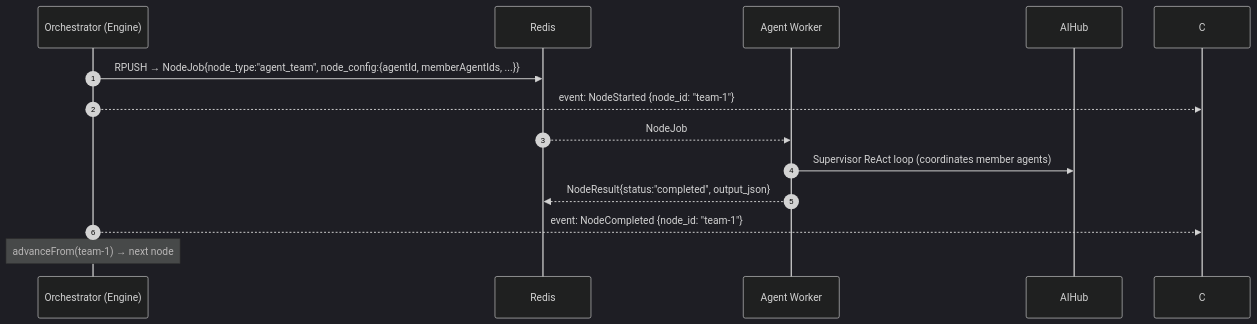
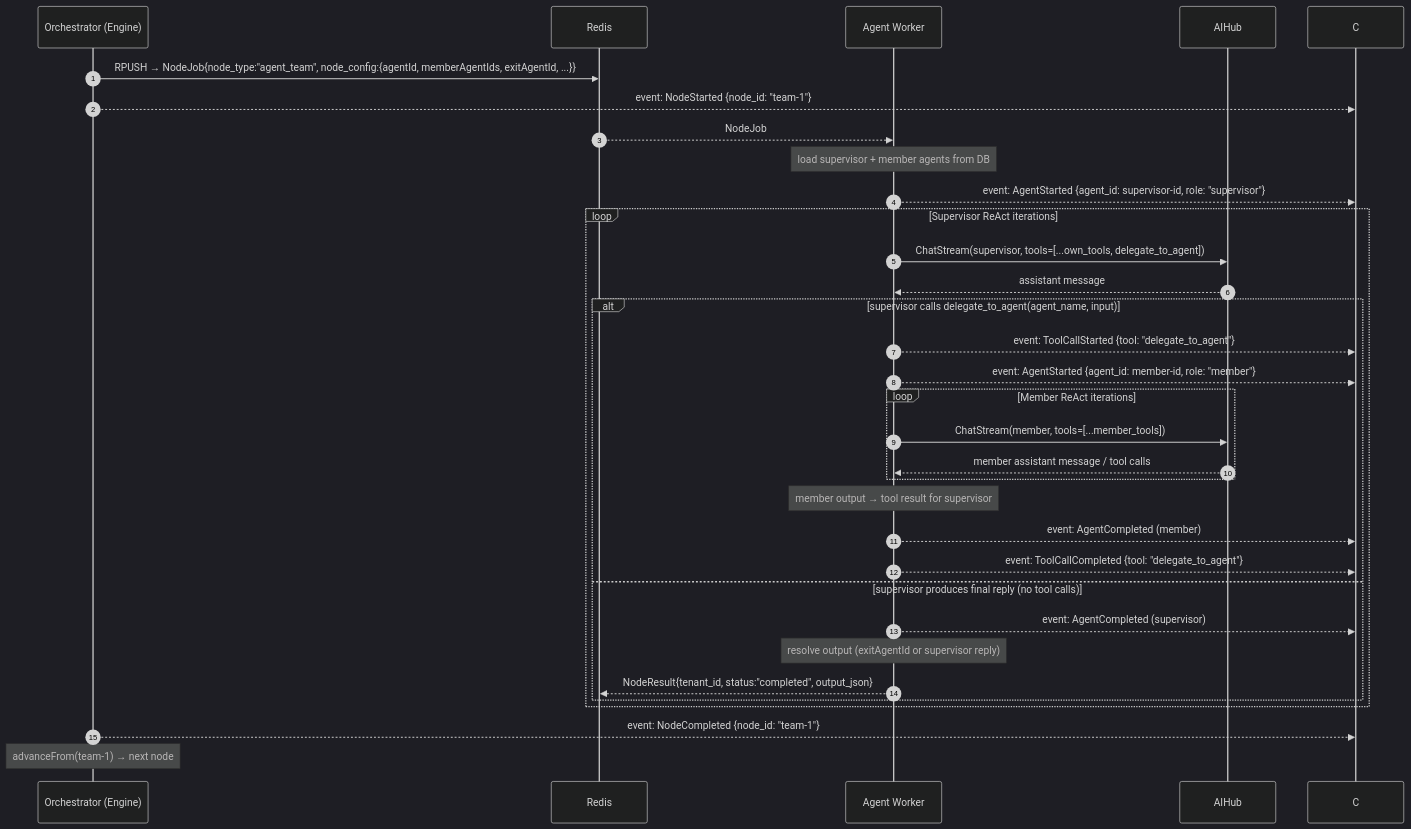
One commit to Andrew-Bu1/Agent-Platform changed the fourth of 5 diagrams in docs/architecture/agent_layer/flow_sequence.md. Above: the diagram before and after it, drawn with Mermaid (dark theme). The commit also changed other lines of this file and 6 other files, not shown here.

Commit message:
docs: update architecture docs for agent_team, memory strategy, and aihub features

````diff
--- a/docs/architecture/agent_layer/flow_sequence.md
+++ b/docs/architecture/agent_layer/flow_sequence.md
@@ -142,18 +150,43 @@
 ```mermaid
 sequenceDiagram
     autonumber
     participant OR as Orchestrator (Engine)
     participant Redis as Redis
     participant WK as Agent Worker
     participant AIH as AIHub
 
-    OR->>Redis: RPUSH → NodeJob{node_type:"agent_team", node_config:{agentId, memberAgentIds, ...}}
+    OR->>Redis: RPUSH → NodeJob{node_type:"agent_team", node_config:{agentId, memberAgentIds, exitAgentId, ...}}
     OR-->>C: event: NodeStarted {node_id: "team-1"}
 
     Redis-->>WK: NodeJob
-    WK->>AIH: Supervisor ReAct loop (coordinates member agents)
-    WK-->>Redis: NodeResult{status:"completed", output_json}
+    Note over WK: load supervisor + member agents from DB
+
+    WK-->>C: event: AgentStarted {agent_id: supervisor-id, role: "supervisor"}
+
+    loop Supervisor ReAct iterations
+        WK->>AIH: ChatStream(supervisor, tools=[...own_tools, delegate_to_agent])
+        AIH-->>WK: assistant message
+
+        alt supervisor calls delegate_to_agent(agent_name, input)
+            WK-->>C: event: ToolCallStarted {tool: "delegate_to_agent"}
+            WK-->>C: event: AgentStarted {agent_id: member-id, role: "member"}
+
+            loop Member ReAct iterations
+                WK->>AIH: ChatStream(member, tools=[...member_tools])
+                AIH-->>WK: member assistant message / tool calls
+            end
+
+            Note over WK: member output → tool result for supervisor
+            WK-->>C: event: AgentCompleted (member)
+            WK-->>C: event: ToolCallCompleted {tool: "delegate_to_agent"}
+
+        else supervisor produces final reply (no tool calls)
+            WK-->>C: event: AgentCompleted (supervisor)
+            Note over WK: resolve output (exitAgentId or supervisor reply)
+            WK-->>Redis: NodeResult{tenant_id, status:"completed", output_json}
+        end
+    end
 
     OR-->>C: event: NodeCompleted {node_id: "team-1"}
     Note over OR: advanceFrom(team-1) → next node
 ```
````
